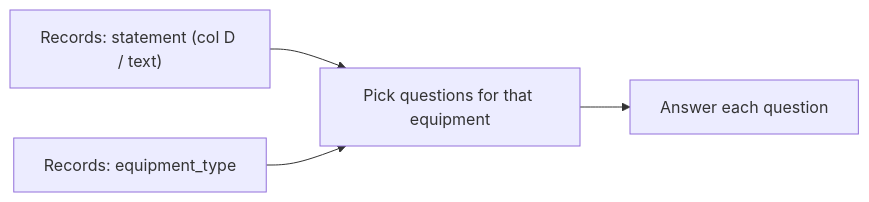
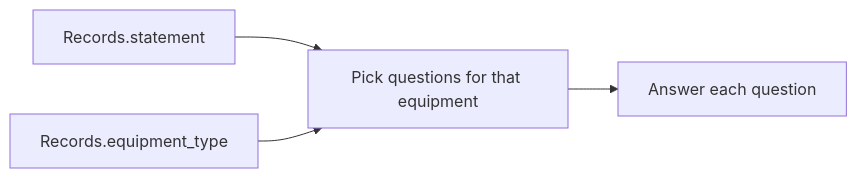
One commit to ranga291257/nimble_plant changed the diagram in docs/functional-spec.md. Above: the diagram before and after it, drawn with Mermaid. The commit also changed other lines of this file and 7 other files, not shown here.

````diff
--- a/docs/functional-spec.md
+++ b/docs/functional-spec.md
@@ -33,10 +40,10 @@
 ```mermaid
 flowchart LR
-  S["Records: statement (col D / text)"]
-  E[Records: equipment_type]
+  S[Records.statement]
+  E[Records.equipment_type]
   Q[Pick questions for that equipment]
   A[Answer each question]
   S --> Q
   E --> Q
   Q --> A
 ```
````
